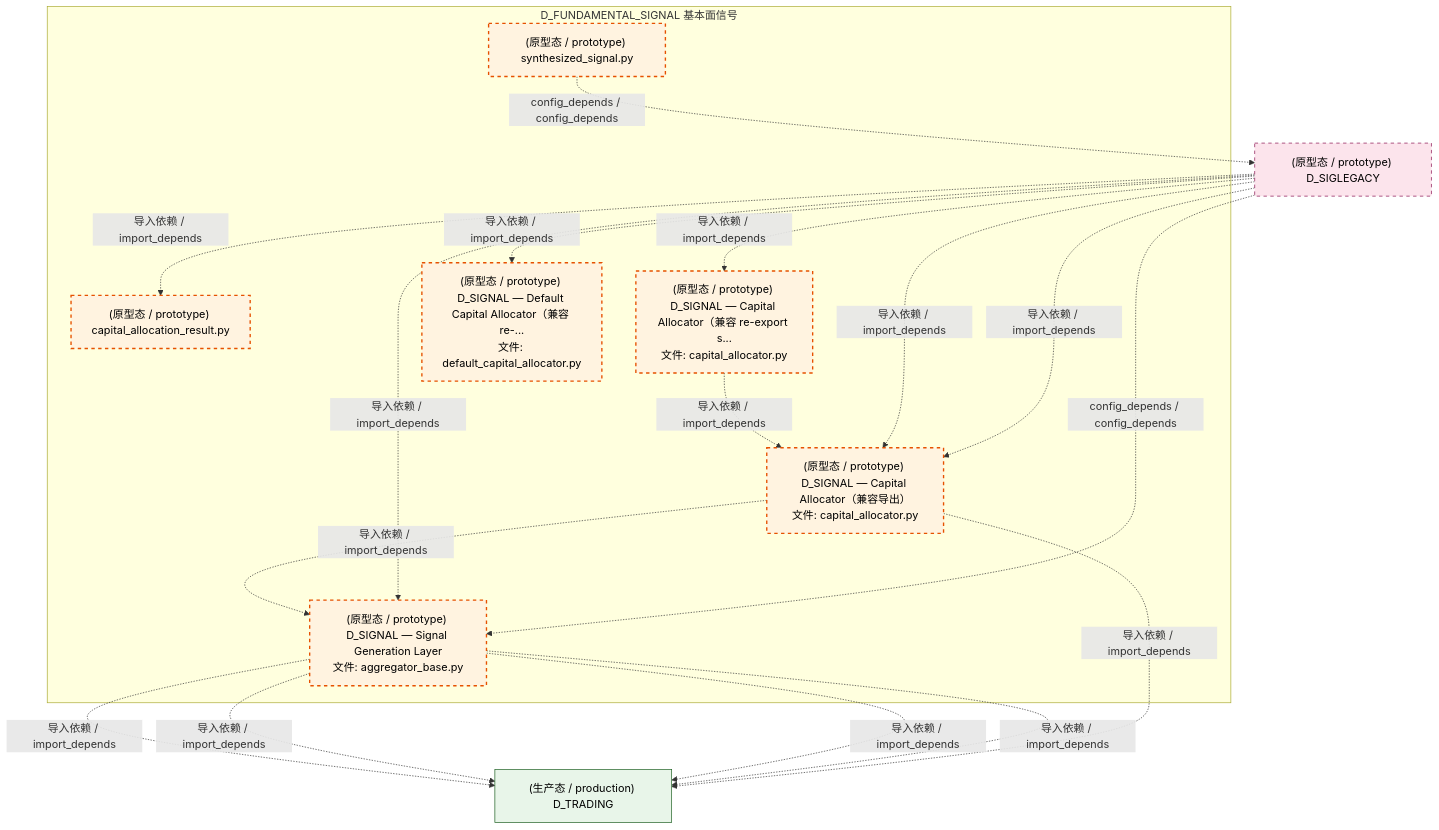
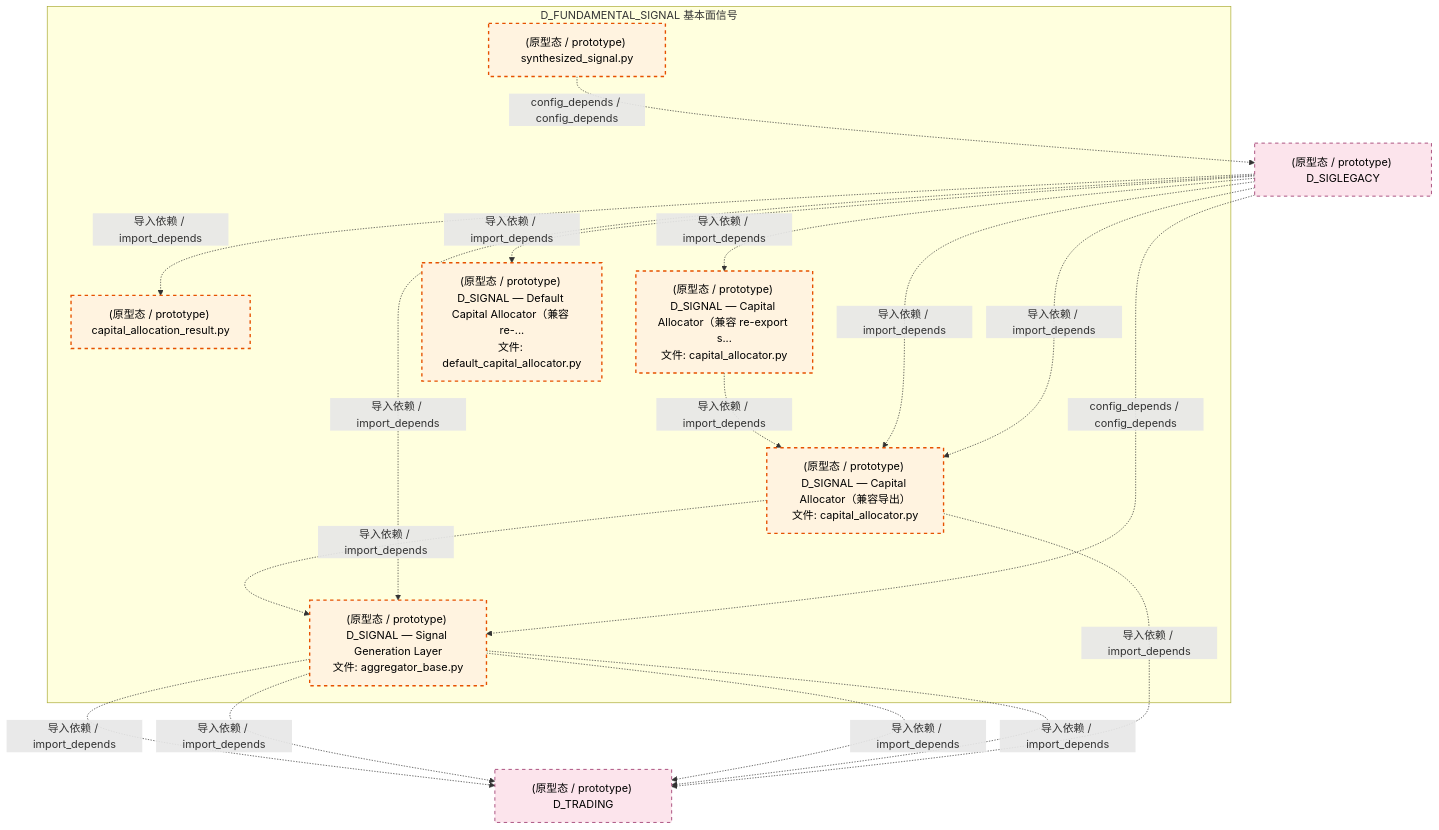
One commit to xuanFelixVan/ZephyrAlpha changed the third of 4 diagrams in docs/02_enterprise_architecture/02_domain_architecture_docs/37_d_fundamental_signal.md. Above: the diagram before and after it, drawn with Mermaid. The commit also changed other lines of this file and 126 other files, not shown here.

````diff
--- a/docs/02_enterprise_architecture/02_domain_architecture_docs/37_d_fundamental_signal.md
+++ b/docs/02_enterprise_architecture/02_domain_architecture_docs/37_d_fundamental_signal.md
@@ -177,35 +177,34 @@
 ```mermaid
 graph TD
     subgraph D_FUNDAMENTAL_SIGNAL["D_FUNDAMENTAL_SIGNAL 基本面信号"]
         src_zephyr_signal_fundamental_capital_capital_allocation_result_py["(原型态 / prototype) capital_allocation_result.py"]
         src_zephyr_signal_fundamental_capital_capital_allocator_py["(原型态 / prototype) D_SIGNAL — Capital Allocator（兼容 re-export s...<br/>文件: capital_allocator.py"]
         src_zephyr_signal_fundamental_capital_default_capital_allocator_py["(原型态 / prototype) D_SIGNAL — Default Capital Allocator（兼容 re-...<br/>文件: default_capital_allocator.py"]
         src_zephyr_signal_fundamental_combiner_synthesized_signal_py["(原型态 / prototype) synthesized_signal.py"]
         src_zephyr_signal_fundamental_gen_aggregator_base_py["(原型态 / prototype) D_SIGNAL — Signal Generation Layer<br/>文件: aggregator_base.py"]
         src_zephyr_signal_fundamental_strategy_capital_allocator_py["(原型态 / prototype) D_SIGNAL — Capital Allocator（兼容导出）<br/>文件: capital_allocator.py"]
     end
     src_zephyr_signal_fundamental_capital_capital_allocator_py -.->|导入依赖 / import_depends| src_zephyr_signal_fundamental_strategy_capital_allocator_py
     src_zephyr_signal_fundamental_strategy_capital_allocator_py -.->|导入依赖 / import_depends| src_zephyr_signal_fundamental_gen_aggregator_base_py
     D_SIGLEGACY["(原型态 / prototype) D_SIGLEGACY"]
     src_zephyr_signal_fundamental_combiner_synthesized_signal_py -.->|config_depends / config_depends| D_SIGLEGACY
-    D_TRADING["(生产态 / production) D_TRADING"]
+    D_TRADING["(原型态 / prototype) D_TRADING"]
     src_zephyr_signal_fundamental_gen_aggregator_base_py -.->|导入依赖 / import_depends| D_TRADING
     src_zephyr_signal_fundamental_gen_aggregator_base_py -.->|导入依赖 / import_depends| D_TRADING
     src_zephyr_signal_fundamental_gen_aggregator_base_py -.->|导入依赖 / import_depends| D_TRADING
     src_zephyr_signal_fundamental_gen_aggregator_base_py -.->|导入依赖 / import_depends| D_TRADING
     src_zephyr_signal_fundamental_strategy_capital_allocator_py -.->|导入依赖 / import_depends| D_TRADING
+    D_SIGLEGACY -.->|导入依赖 / import_depends| src_zephyr_signal_fundamental_strategy_capital_allocator_py
     D_SIGLEGACY -.->|导入依赖 / import_depends| src_zephyr_signal_fundamental_capital_default_capital_allocator_py
     D_SIGLEGACY -.->|导入依赖 / import_depends| src_zephyr_signal_fundamental_strategy_capital_allocator_py
     D_SIGLEGACY -.->|导入依赖 / import_depends| src_zephyr_signal_fundamental_gen_aggregator_base_py
     D_SIGLEGACY -.->|导入依赖 / import_depends| src_zephyr_signal_fundamental_capital_capital_allocator_py
     D_SIGLEGACY -.->|导入依赖 / import_depends| src_zephyr_signal_fundamental_capital_capital_allocation_result_py
-    D_SIGLEGACY -.->|导入依赖 / import_depends| src_zephyr_signal_fundamental_strategy_capital_allocator_py
     D_SIGLEGACY -.->|config_depends / config_depends| src_zephyr_signal_fundamental_gen_aggregator_base_py
     classDef production fill:#e1f5fe,stroke:#01579b,stroke-width:2px,color:#000
     classDef design fill:#fff3e0,stroke:#e65100,stroke-width:2px,color:#000,stroke-dasharray: 5 5
     classDef external_prod fill:#e8f5e9,stroke:#1b5e20,stroke-width:1px,color:#000
     classDef external_design fill:#fce4ec,stroke:#880e4f,stroke-width:1px,color:#000,stroke-dasharray: 5 5
     class src_zephyr_signal_fundamental_capital_capital_allocation_result_py,src_zephyr_signal_fundamental_capital_capital_allocator_py,src_zephyr_signal_fundamental_capital_default_capital_allocator_py,src_zephyr_signal_fundamental_combiner_synthesized_signal_py,src_zephyr_signal_fundamental_gen_aggregator_base_py,src_zephyr_signal_fundamental_strategy_capital_allocator_py design
-    class D_TRADING external_prod
-    class D_SIGLEGACY external_design
+    class D_SIGLEGACY,D_TRADING external_design
 ```
````
